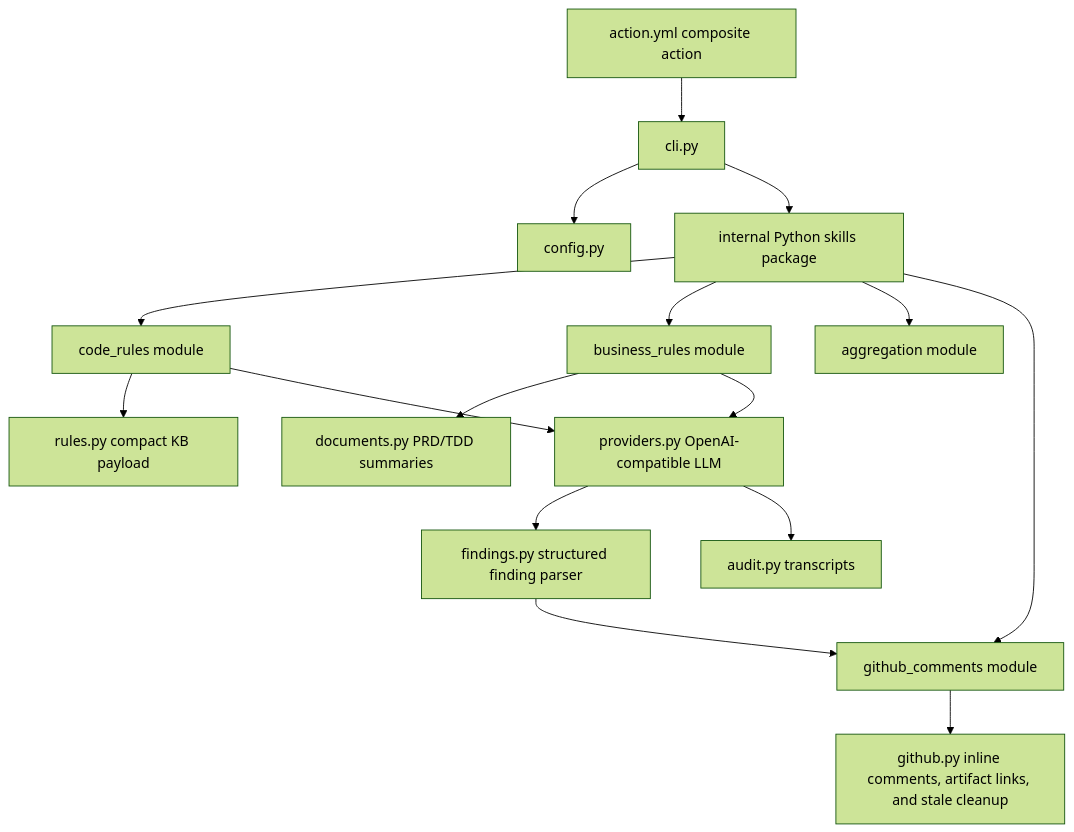
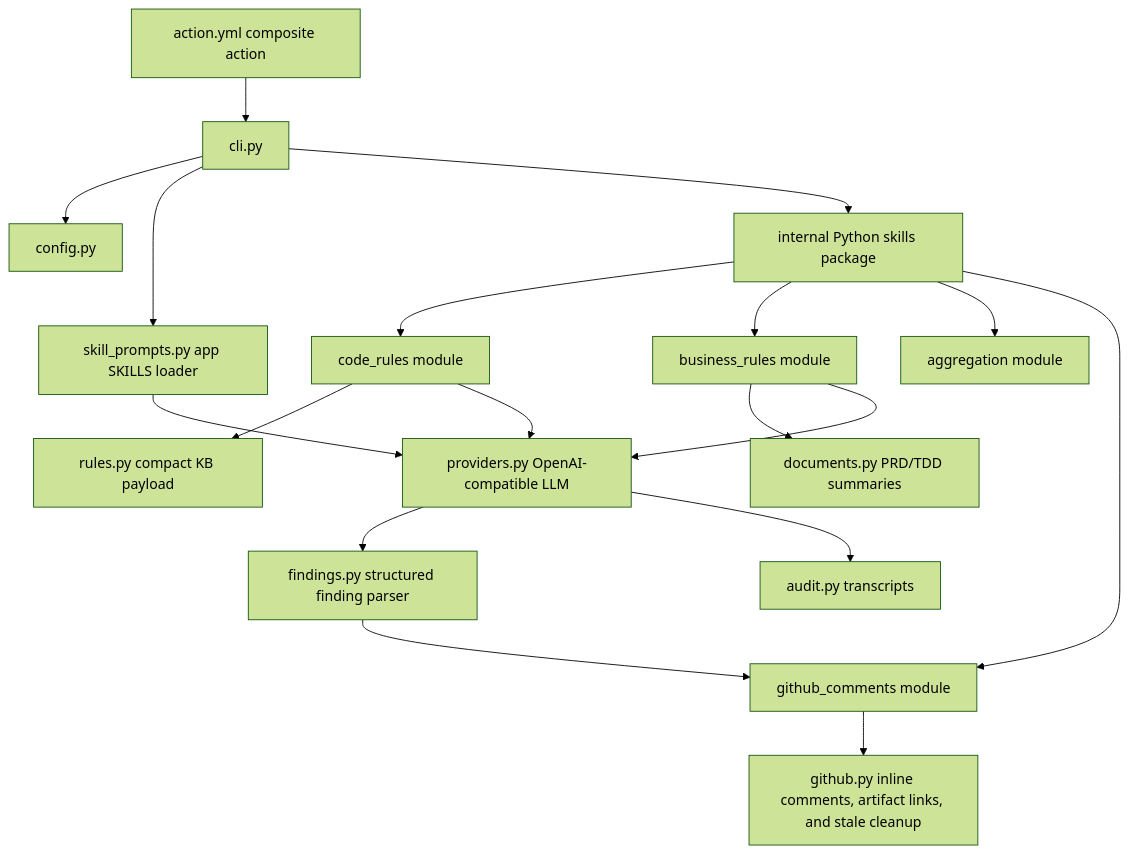
Before and after one commit to laughingkid-sg/code-review-agent: the first of 2 diagrams in README.md, drawn with Mermaid (forest theme). The commit also changed other lines of this file and 16 other files, not shown here.

````diff
--- a/README.md
+++ b/README.md
@@ -24,18 +24,20 @@
 ```mermaid
 flowchart TD
   Action[action.yml composite action] --> CLI[cli.py]
   CLI --> Config[config.py]
+  CLI --> AppSkills[skill_prompts.py app SKILLS loader]
   CLI --> Skills[internal Python skills package]
   Skills --> CodeSkill[code_rules module]
   Skills --> BizSkill[business_rules module]
   Skills --> AggSkill[aggregation module]
   Skills --> CommentSkill[github_comments module]
   CodeSkill --> Rules[rules.py compact KB payload]
   BizSkill --> Docs[documents.py PRD/TDD summaries]
+  AppSkills --> Provider
   CodeSkill --> Provider[providers.py OpenAI-compatible LLM]
   BizSkill --> Provider
   Provider --> Findings[findings.py structured finding parser]
   Findings --> CommentSkill
   CommentSkill --> GitHub[github.py inline comments, artifact links, and stale cleanup]
   Provider --> Audit[audit.py transcripts]
 ```
````
